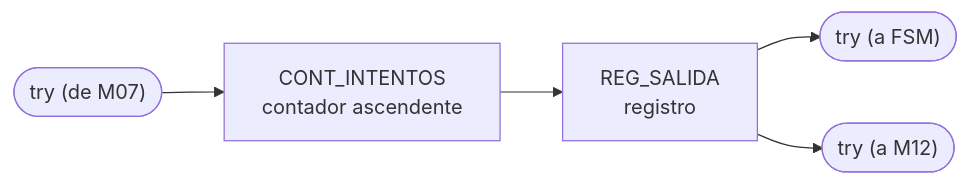
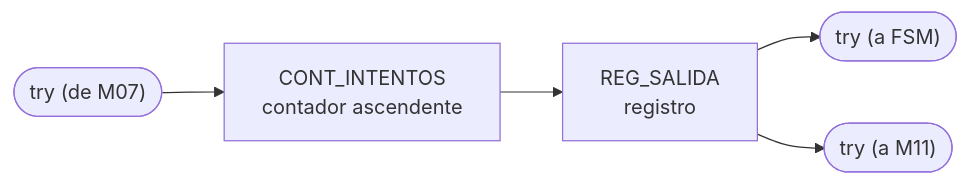
One commit to Taller-de-diseno-digital-GR01/Proyecto-2-Ahorcado changed diagram 13 of 13 in docs/diseño/diagramas/nivel03.md. Above: the diagram before and after it, drawn with Mermaid. The commit also changed other lines of this file and 1 other file, not shown here.

````diff
--- a/docs/diseño/diagramas/nivel03.md
+++ b/docs/diseño/diagramas/nivel03.md
@@ -487,7 +491,7 @@
 ```mermaid
 flowchart LR
     IN_TRY(["try (de M07)"]) --> CNT1["CONT_INTENTOS<br/>contador ascendente"]
     CNT1 --> REG_OUT["REG_SALIDA<br/>registro"]
     REG_OUT --> OUT_FSM(["try (a FSM)"])
-    REG_OUT --> OUT_M12(["try (a M12)"])
+    REG_OUT --> OUT_M11(["try (a M11)"])
 ```
````
